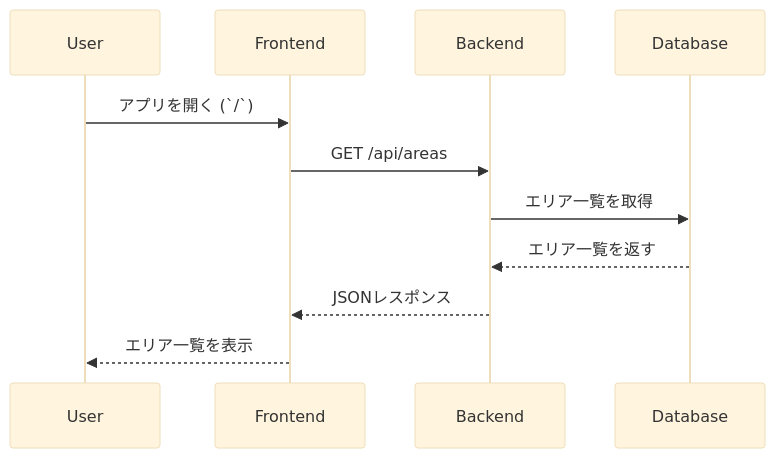
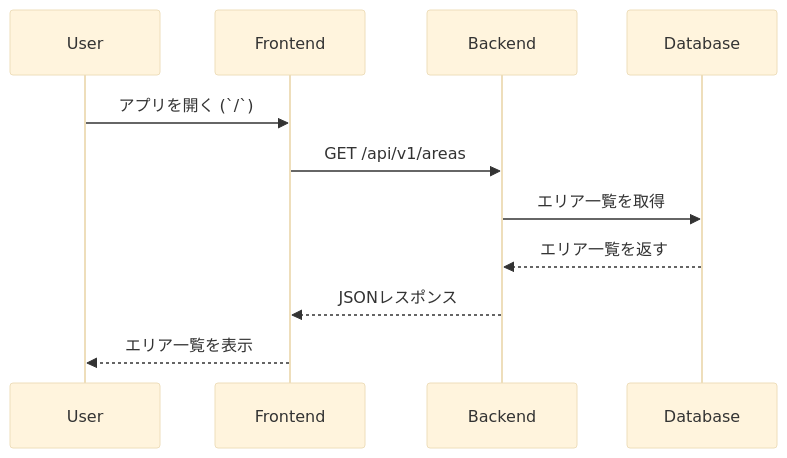
Before and after one commit to muranakaaa/secoma-record: the fifth of 8 diagrams in README.md, drawn with Mermaid (base theme). The commit also changed other lines of this file, not shown here.

````diff
--- a/README.md
+++ b/README.md
@@ -192,14 +192,14 @@
 ```mermaid
 sequenceDiagram
     participant User
     participant Frontend
     participant Backend
     participant Database
 
     User->>Frontend: アプリを開く (`/`)
-    Frontend->>Backend: GET /api/areas
+    Frontend->>Backend: GET /api/v1/areas
     Backend->>Database: エリア一覧を取得
     Database-->>Backend: エリア一覧を返す
     Backend-->>Frontend: JSONレスポンス
     Frontend-->>User: エリア一覧を表示
 ```
````
